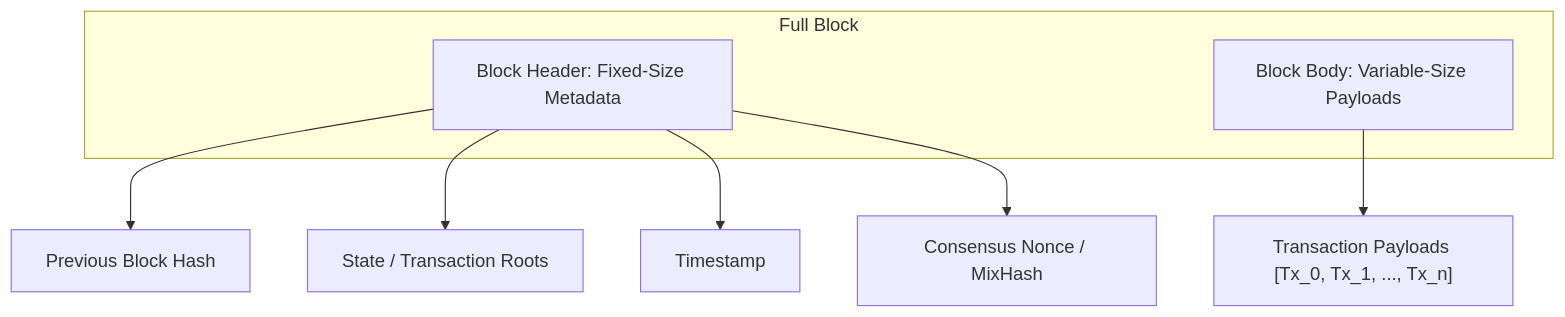
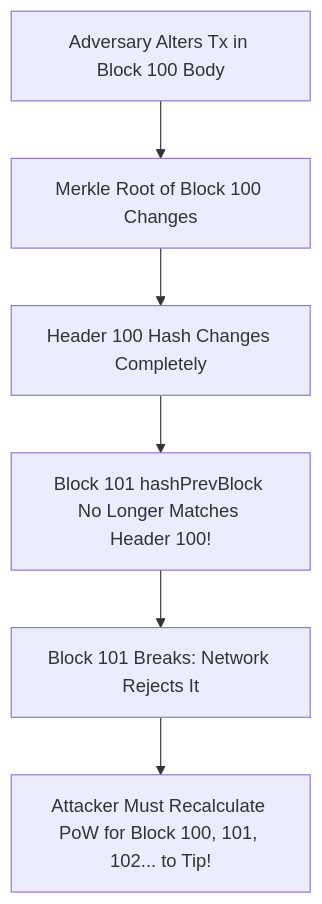
Before and after one commit to ub-society/modules: the fifth of 6 diagrams in docs/learn/fundamentals/02-architecture-and-state/01-block-anatomy-and-headers.md, drawn with Mermaid. The commit also changed other lines of this file and 3 other files, not shown here.

````diff
--- a/docs/learn/fundamentals/02-architecture-and-state/01-block-anatomy-and-headers.md
+++ b/docs/learn/fundamentals/02-architecture-and-state/01-block-anatomy-and-headers.md
@@ -11,14 +154,8 @@
 ```mermaid
 flowchart TD
-    subgraph Full Block
-        Header[Block Header: Fixed-Size Metadata]
-        Body[Block Body: Variable-Size Payloads]
-    end
-
-    Header --> PrevHash[Previous Block Hash]
-    Header --> MerkleRoot[State / Transaction Roots]
-    Header --> Timestamp[Timestamp]
-    Header --> NonceDifficulty[Consensus Nonce / MixHash]
-
-    Body --> TxList["Transaction Payloads [Tx_0, Tx_1, ..., Tx_n]"]
+    Attack[Adversary Alters Tx in Block 100 Body] --> Step1[Merkle Root of Block 100 Changes]
+    Step1 --> Step2[Header 100 Hash Changes Completely]
+    Step2 --> Step3[Block 101 hashPrevBlock No Longer Matches Header 100!]
+    Step3 --> Step4[Block 101 Breaks: Network Rejects It]
+    Step4 --> Recalc[Attacker Must Recalculate PoW for Block 100, 101, 102... to Tip!]
 ```
````
